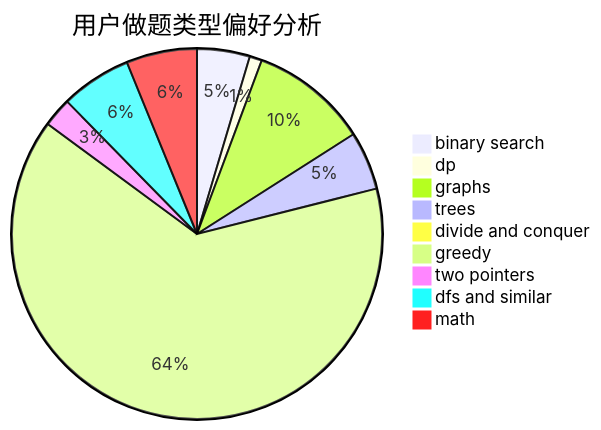
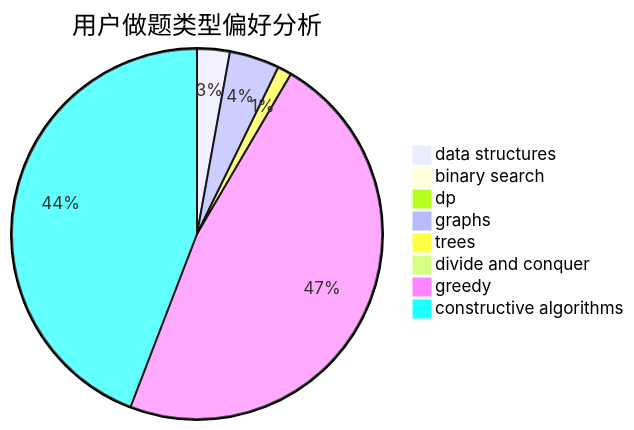
The second of 3 diagrams in docs/user/u1813.md (sherpahu/cfrs.github.io), drawn with Mermaid before and after one commit. The commit also changed other lines of this file and 2775 other files, not shown here.

````diff
--- a/docs/user/u1813.md
+++ b/docs/user/u1813.md
@@ -23,12 +23,11 @@
 ```mermaid
 pie title 用户做题类型偏好分析
-    "binary search" :  47
-    "dp" :  11
-    "graphs" :  105
-    "trees" :  52
+    "data structures" :  30
+    "binary search" :  8
+    "dp" :  4
+    "graphs" :  46
+    "trees" :  13
     "divide and conquer" :  0
-    "greedy" :  654
-    "two pointers" :  26
-    "dfs and similar" :  63
-    "math" :  63
+    "greedy" :  499
+    "constructive algorithms" :  465
 ```
````
